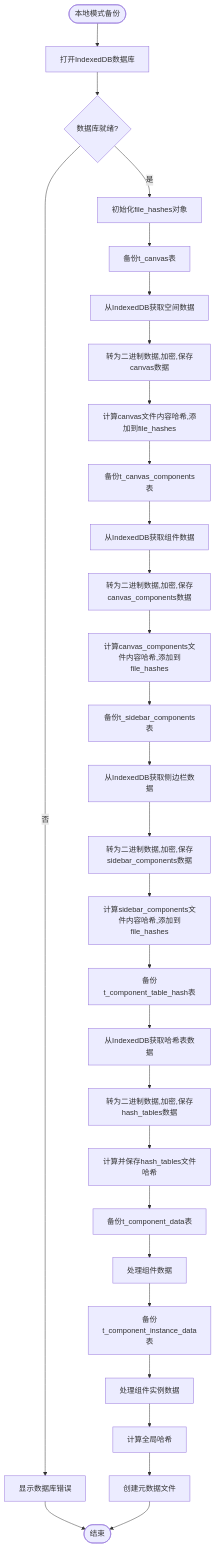
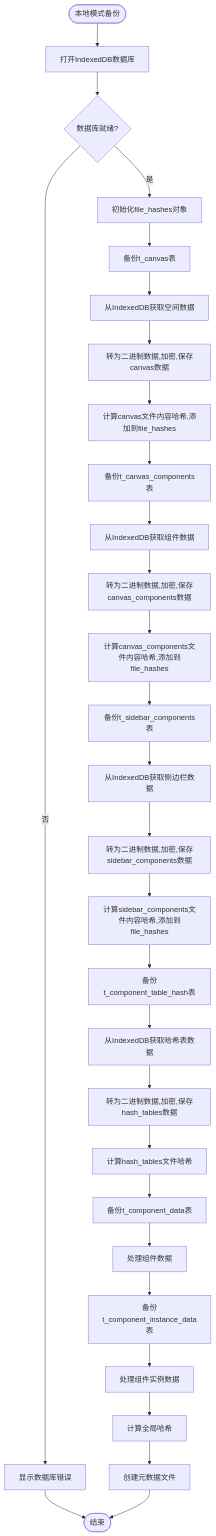
The diagram in all/未命名-56.md (yingjianzh/iodraw-files), drawn with Mermaid before and after one commit.

Commit message:
2025-05-12 14:16:04 update

````diff
--- a/all/未命名-56.md
+++ b/all/未命名-56.md
@@ -1,44 +1,44 @@
 ```mermaid
 
 flowchart TD
     Start([本地模式备份]) --> OpenDB[打开IndexedDB数据库]
     OpenDB --> DBReady{数据库就绪?}
     
     DBReady -->|否| ShowDBError[显示数据库错误]
     DBReady -->|是| InitHashObject[初始化file_hashes对象]
     
     ShowDBError --> End([结束])
     
     InitHashObject --> BackupCanvas[备份t_canvas表]
     BackupCanvas --> GetCanvasFromDB[从IndexedDB获取空间数据]
     GetCanvasFromDB --> ProcessCanvasFile[转为二进制数据,加密,保存canvas数据]
     ProcessCanvasFile --> AddCanvasHash[计算canvas文件内容哈希,添加到file_hashes]
     
     AddCanvasHash --> BackupCanvasComps[备份t_canvas_components表]
     BackupCanvasComps --> GetCanvasCompsFromDB[从IndexedDB获取组件数据]
     GetCanvasCompsFromDB --> ProcessCanvasCompsFile[转为二进制数据,加密,保存canvas_components数据]
     ProcessCanvasCompsFile --> AddCanvasCompsHash[计算canvas_components文件内容哈希,添加到file_hashes]
     
     AddCanvasCompsHash --> BackupSidebarComps[备份t_sidebar_components表]
     BackupSidebarComps --> GetSidebarCompsFromDB[从IndexedDB获取侧边栏数据]
     GetSidebarCompsFromDB --> ProcessSidebarCompsFile[转为二进制数据,加密,保存sidebar_components数据]
     ProcessSidebarCompsFile --> AddSidebarCompsHash[计算sidebar_components文件内容哈希,添加到file_hashes]
     
     AddSidebarCompsHash --> BackupHashTables[备份t_component_table_hash表]
     BackupHashTables --> GetHashTablesFromDB[从IndexedDB获取哈希表数据]
     GetHashTablesFromDB --> ProcessHashTablesFile[转为二进制数据,加密,保存hash_tables数据]
-    ProcessHashTablesFile --> AddHashTablesHash[计算并保存hash_tables文件哈希]
+    ProcessHashTablesFile --> AddHashTablesHash[计算hash_tables文件哈希]
     
     AddHashTablesHash --> BackupCompData[备份t_component_data表]
     BackupCompData --> ProcessCompData[处理组件数据]
     
     ProcessCompData --> BackupInstData[备份t_component_instance_data表]
     BackupInstData --> ProcessInstData[处理组件实例数据]
     
     ProcessInstData --> CalculateGlobalHash[计算全局哈希]
     CalculateGlobalHash --> CreateMetadataFile[创建元数据文件]
     
     CreateMetadataFile --> End
 
 
 ```
````
